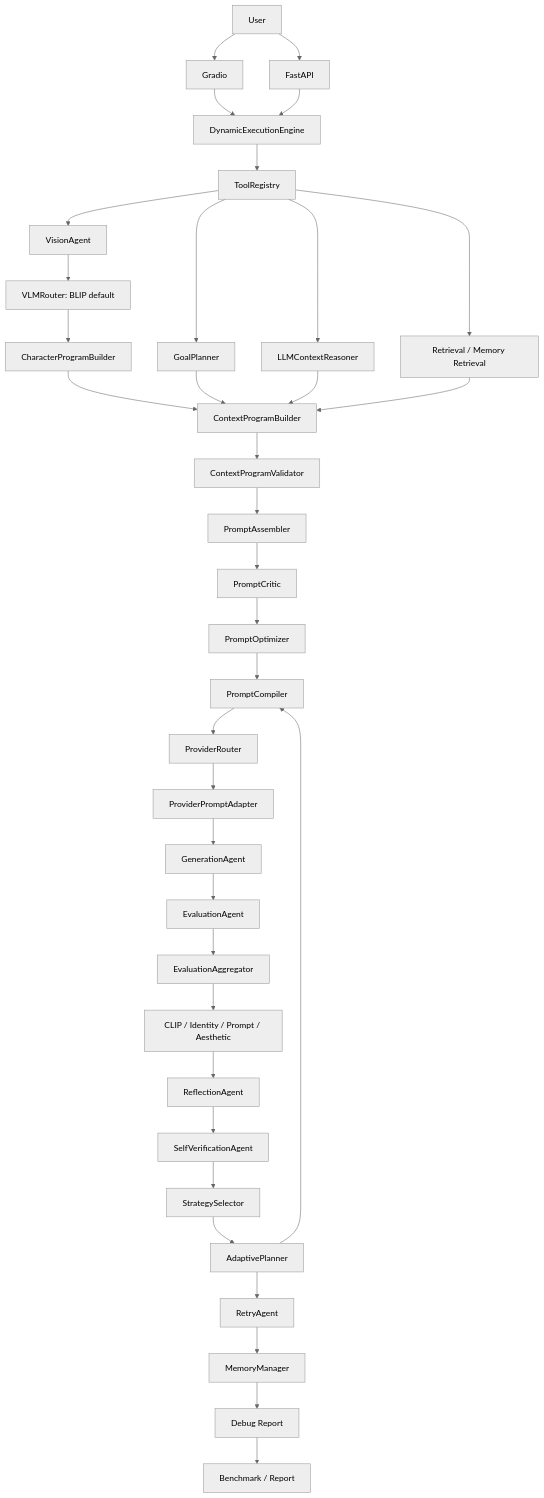
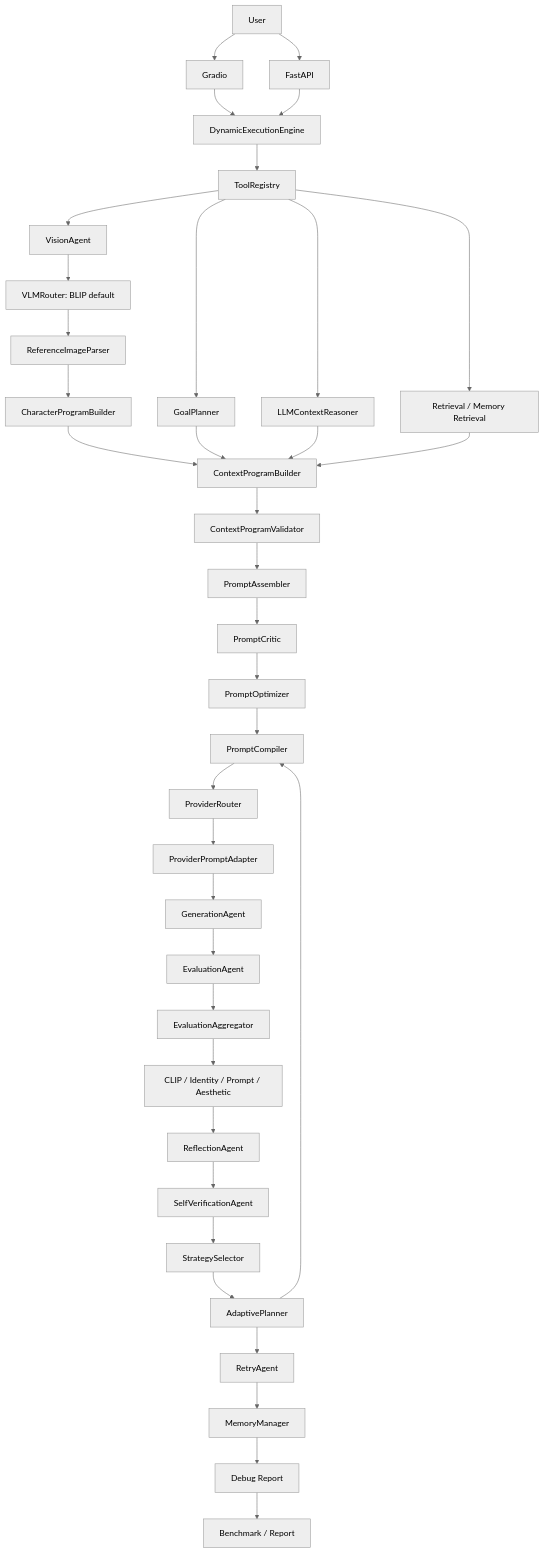
Before and after one commit to wooyybb/multimodal-ai-agent-playground: the diagram in docs/architecture.md, drawn with Mermaid (neutral theme). The commit also changed other lines of this file and 10 other files, not shown here.

Commit message:
feat(vision): add reference image parser

````diff
--- a/docs/architecture.md
+++ b/docs/architecture.md
@@ -77,38 +78,39 @@
 ```mermaid
 flowchart TD
     U[User] --> UI[Gradio]
     U --> API[FastAPI]
     UI --> ENG[DynamicExecutionEngine]
     API --> ENG
     ENG --> REG[ToolRegistry]
     REG --> V[VisionAgent]
     V --> VLM[VLMRouter: BLIP default]
-    VLM --> CPB[CharacterProgramBuilder]
+    VLM --> RIP[ReferenceImageParser]
+    RIP --> CPB[CharacterProgramBuilder]
     REG --> GP[GoalPlanner]
     REG --> LCR[LLMContextReasoner]
     REG --> RET[Retrieval / Memory Retrieval]
     CPB --> CP[ContextProgramBuilder]
     GP --> CP
     LCR --> CP
     RET --> CP
     CP --> CV[ContextProgramValidator]
     CV --> PA[PromptAssembler]
     PA --> PC[PromptCritic]
     PC --> PO[PromptOptimizer]
     PO --> COMP[PromptCompiler]
     COMP --> ROUTER[ProviderRouter]
     ROUTER --> ADAPT[ProviderPromptAdapter]
     ADAPT --> GEN[GenerationAgent]
     GEN --> EVAL[EvaluationAgent]
     EVAL --> AGG[EvaluationAggregator]
     AGG --> METRICS[CLIP / Identity / Prompt / Aesthetic]
     METRICS --> REF[ReflectionAgent]
     REF --> VER[SelfVerificationAgent]
     VER --> STR[StrategySelector]
     STR --> AP[AdaptivePlanner]
     AP --> COMP
     AP --> RETRY[RetryAgent]
     RETRY --> MEM[MemoryManager]
     MEM --> DBG[Debug Report]
     DBG --> BENCH[Benchmark / Report]
 ```
````
